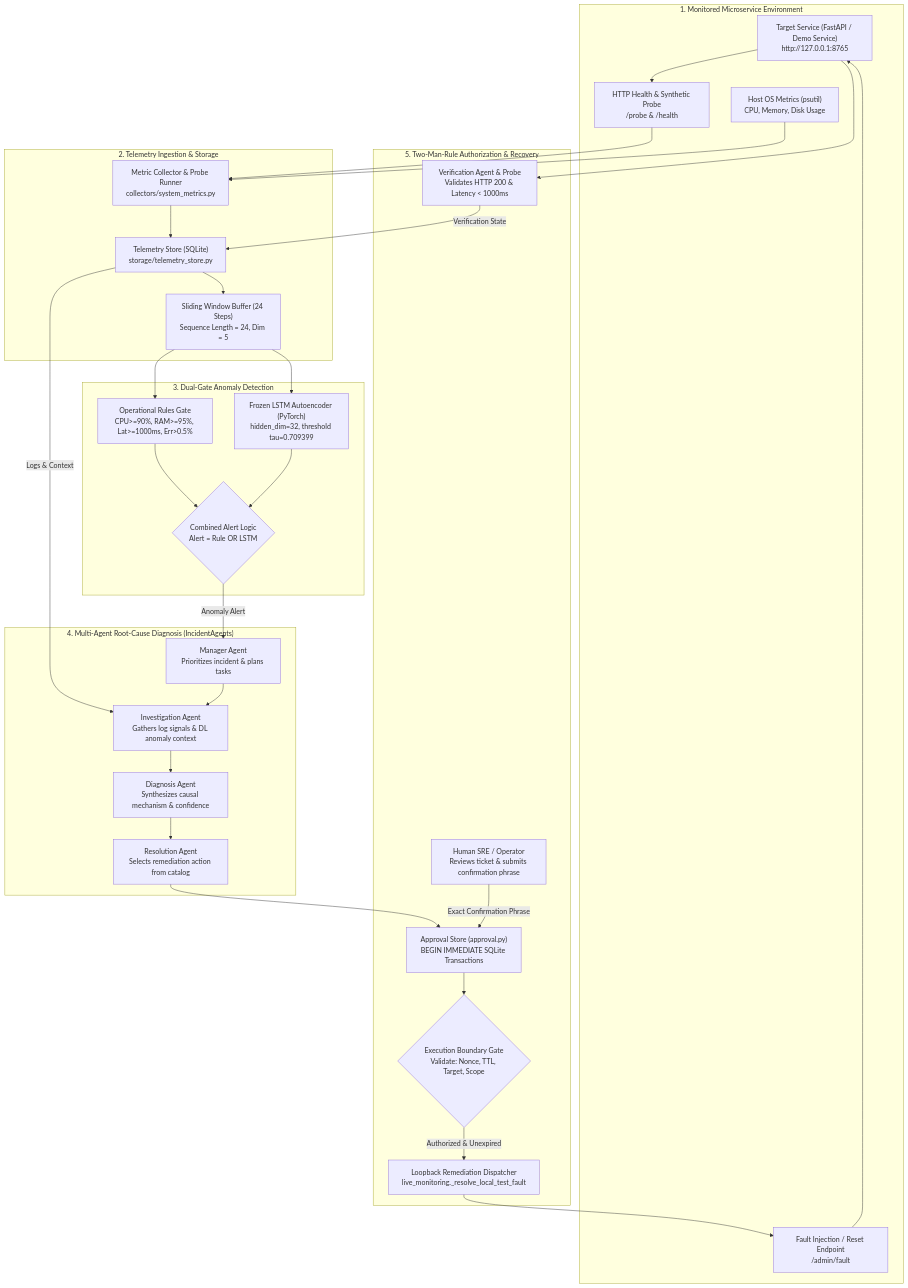
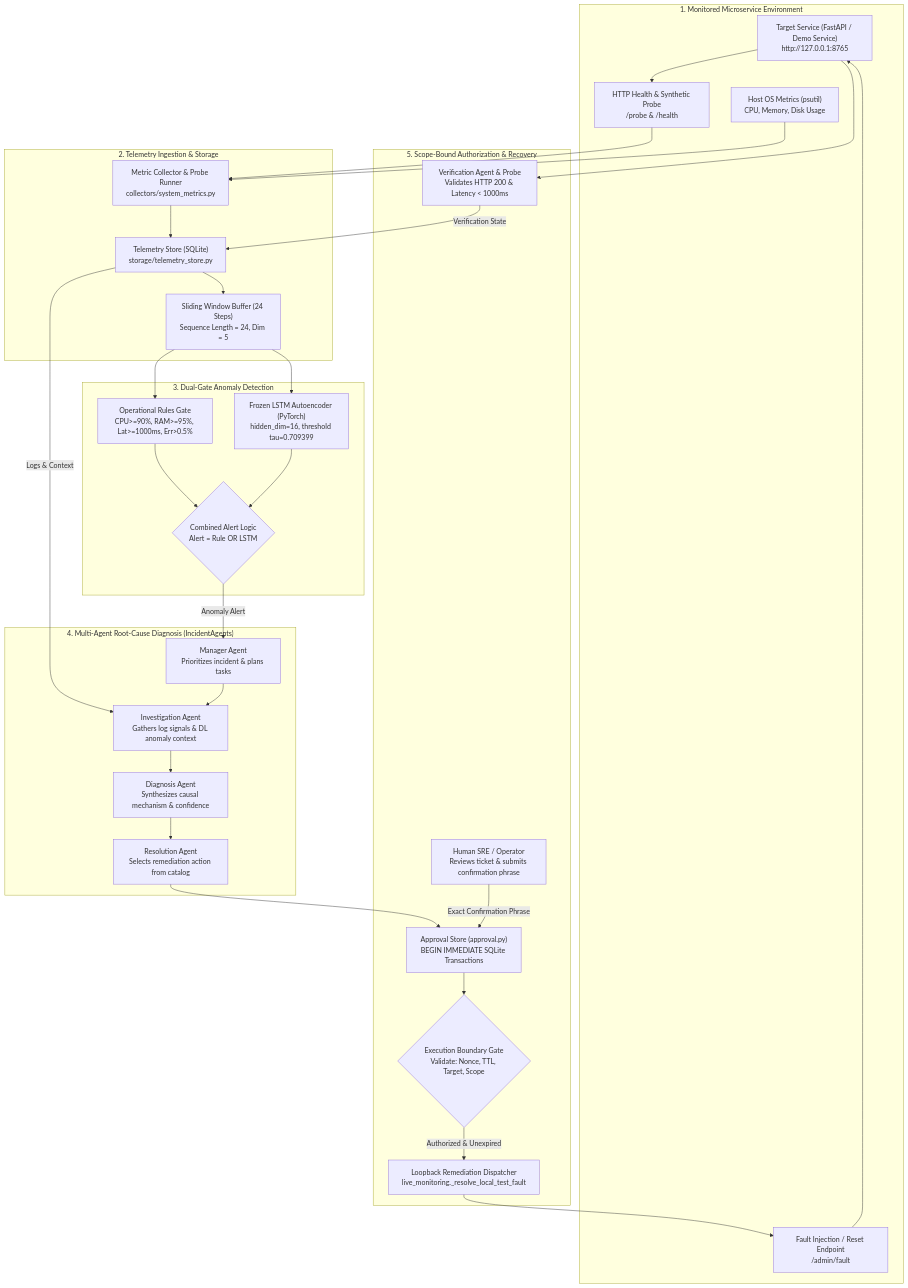
One commit to mvishnupavankumar/DL_PROJECT changed the diagram in research/paper/figures/architecture_dataflow.mmd. Above: the diagram before and after it, drawn with Mermaid. The commit also changed 336 other files, not shown here.

```diff
--- a/research/paper/figures/architecture_dataflow.mmd
+++ b/research/paper/figures/architecture_dataflow.mmd
@@ -1,58 +1,58 @@
 graph TB
     subgraph MonitoredEnvironment["1. Monitored Microservice Environment"]
         Service["Target Service (FastAPI / Demo Service)<br/>http://127.0.0.1:8765"]
         AdminFault["Fault Injection / Reset Endpoint<br/>/admin/fault"]
         ProbeEndpoint["HTTP Health & Synthetic Probe<br/>/probe & /health"]
         HostOS["Host OS Metrics (psutil)<br/>CPU, Memory, Disk Usage"]
     end
 
     subgraph TelemetryLayer["2. Telemetry Ingestion & Storage"]
         Collector["Metric Collector & Probe Runner<br/>collectors/system_metrics.py"]
         Store["Telemetry Store (SQLite)<br/>storage/telemetry_store.py"]
         Buffer["Sliding Window Buffer (24 Steps)<br/>Sequence Length = 24, Dim = 5"]
     end
 
     subgraph DetectionLayer["3. Dual-Gate Anomaly Detection"]
         StaticRules["Operational Rules Gate<br/>CPU>=90%, RAM>=95%, Lat>=1000ms, Err>0.5%"]
-        LSTMAutoencoder["Frozen LSTM Autoencoder (PyTorch)<br/>hidden_dim=32, threshold tau=0.709399"]
+        LSTMAutoencoder["Frozen LSTM Autoencoder (PyTorch)<br/>hidden_dim=16, threshold tau=0.709399"]
         CombinedGate{"Combined Alert Logic<br/>Alert = Rule OR LSTM"}
     end
 
     subgraph MultiAgentLayer["4. Multi-Agent Root-Cause Diagnosis (IncidentAgents)"]
         ManagerAgent["Manager Agent<br/>Prioritizes incident & plans tasks"]
         InvestigatorAgent["Investigation Agent<br/>Gathers log signals & DL anomaly context"]
         DiagnosisAgent["Diagnosis Agent<br/>Synthesizes causal mechanism & confidence"]
         ResolutionAgent["Resolution Agent<br/>Selects remediation action from catalog"]
     end
 
-    subgraph GovernanceLayer["5. Two-Man-Rule Authorization & Recovery"]
+    subgraph GovernanceLayer["5. Scope-Bound Authorization & Recovery"]
         ApprovalEngine["Approval Store (approval.py)<br/>BEGIN IMMEDIATE SQLite Transactions"]
         HumanOperator["Human SRE / Operator<br/>Reviews ticket & submits confirmation phrase"]
         ExecutionBarrier{"Execution Boundary Gate<br/>Validate: Nonce, TTL, Target, Scope"}
         RemediationAction["Loopback Remediation Dispatcher<br/>live_monitoring._resolve_local_test_fault"]
         VerificationAgent["Verification Agent & Probe<br/>Validates HTTP 200 & Latency < 1000ms"]
     end
 
     %% Connections
     Service --> ProbeEndpoint
     ProbeEndpoint --> Collector
     HostOS --> Collector
     Collector --> Store
     Store --> Buffer
     Buffer --> StaticRules
     Buffer --> LSTMAutoencoder
     StaticRules --> CombinedGate
     LSTMAutoencoder --> CombinedGate
     CombinedGate -- "Anomaly Alert" --> ManagerAgent
     Store -- "Logs & Context" --> InvestigatorAgent
     ManagerAgent --> InvestigatorAgent
     InvestigatorAgent --> DiagnosisAgent
     DiagnosisAgent --> ResolutionAgent
     ResolutionAgent --> ApprovalEngine
     HumanOperator -- "Exact Confirmation Phrase" --> ApprovalEngine
     ApprovalEngine --> ExecutionBarrier
     ExecutionBarrier -- "Authorized & Unexpired" --> RemediationAction
     RemediationAction --> AdminFault
     AdminFault --> Service
     Service --> VerificationAgent
     VerificationAgent -- "Verification State" --> Store
```
